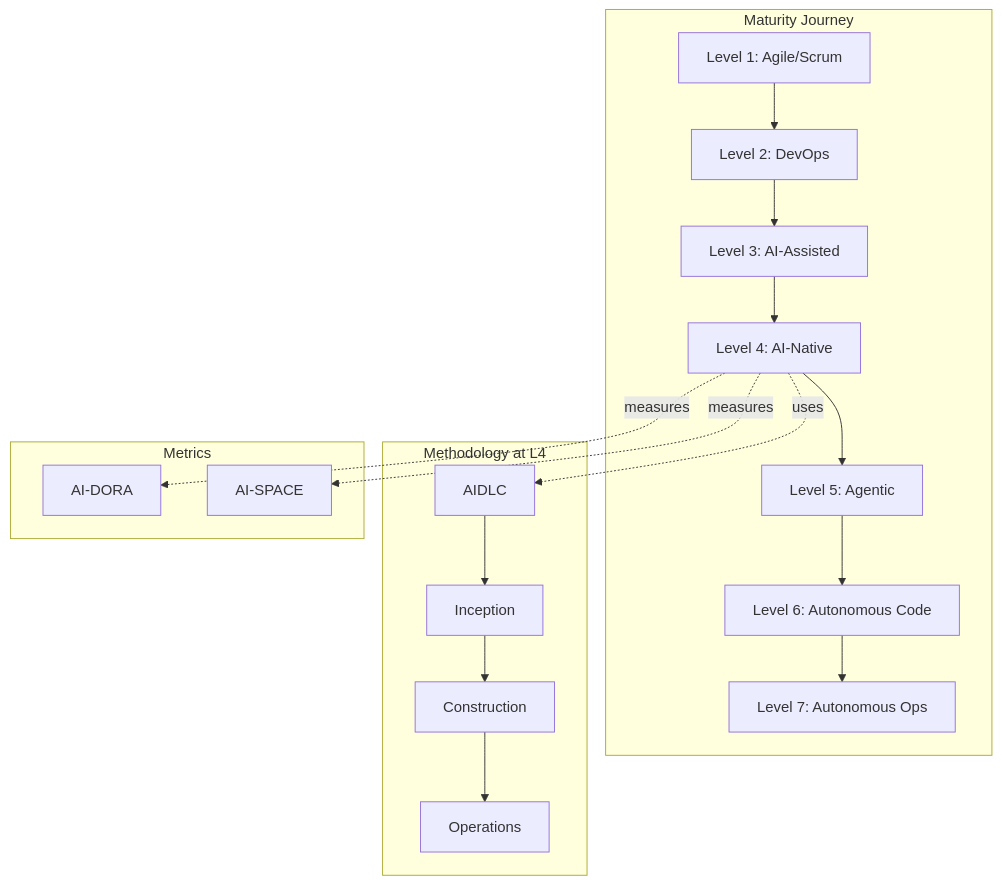
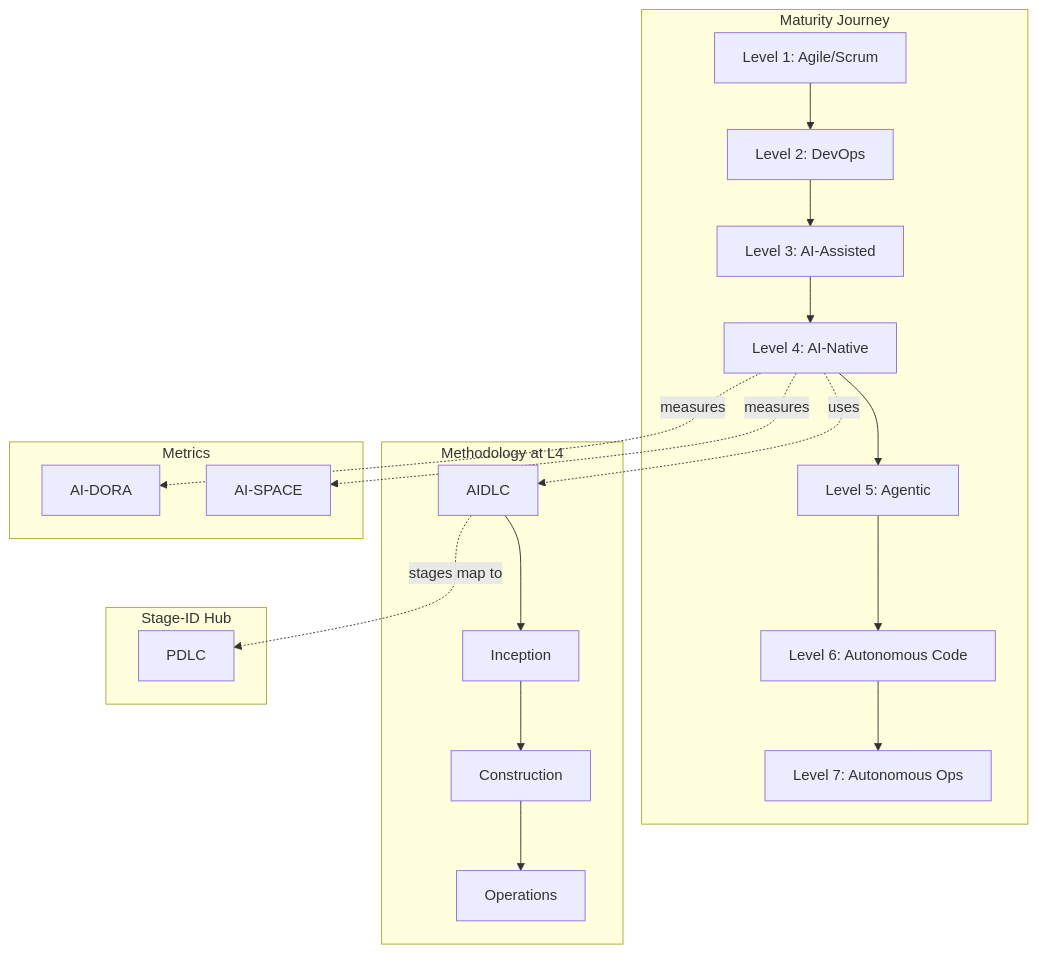
One commit to ProductBuildersHQ/productbuildershq-frameworks changed the diagram in docs/frameworks/index.md. Above: the diagram before and after it, drawn with Mermaid. The commit also changed other lines of this file and 3 other files, not shown here.

````diff
--- a/docs/frameworks/index.md
+++ b/docs/frameworks/index.md
@@ -35,30 +36,35 @@
 ```mermaid
 graph TB
     subgraph "Maturity Journey"
         L1[Level 1: Agile/Scrum]
         L2[Level 2: DevOps]
         L3[Level 3: AI-Assisted]
         L4[Level 4: AI-Native]
         L5[Level 5: Agentic]
         L6[Level 6: Autonomous Code]
         L7[Level 7: Autonomous Ops]
     end
 
     subgraph "Methodology at L4"
         AIDLC[AIDLC]
         INC[Inception]
         CON[Construction]
         OPS[Operations]
     end
 
+    subgraph "Stage-ID Hub"
+        PDLC[PDLC]
+    end
+
     subgraph "Metrics"
         DORA[AI-DORA]
         SPACE[AI-SPACE]
     end
 
     L1 --> L2 --> L3 --> L4 --> L5 --> L6 --> L7
     L4 -.->|uses| AIDLC
     AIDLC --> INC --> CON --> OPS
+    AIDLC -.->|stages map to| PDLC
     L4 -.->|measures| DORA
     L4 -.->|measures| SPACE
 ```
````
